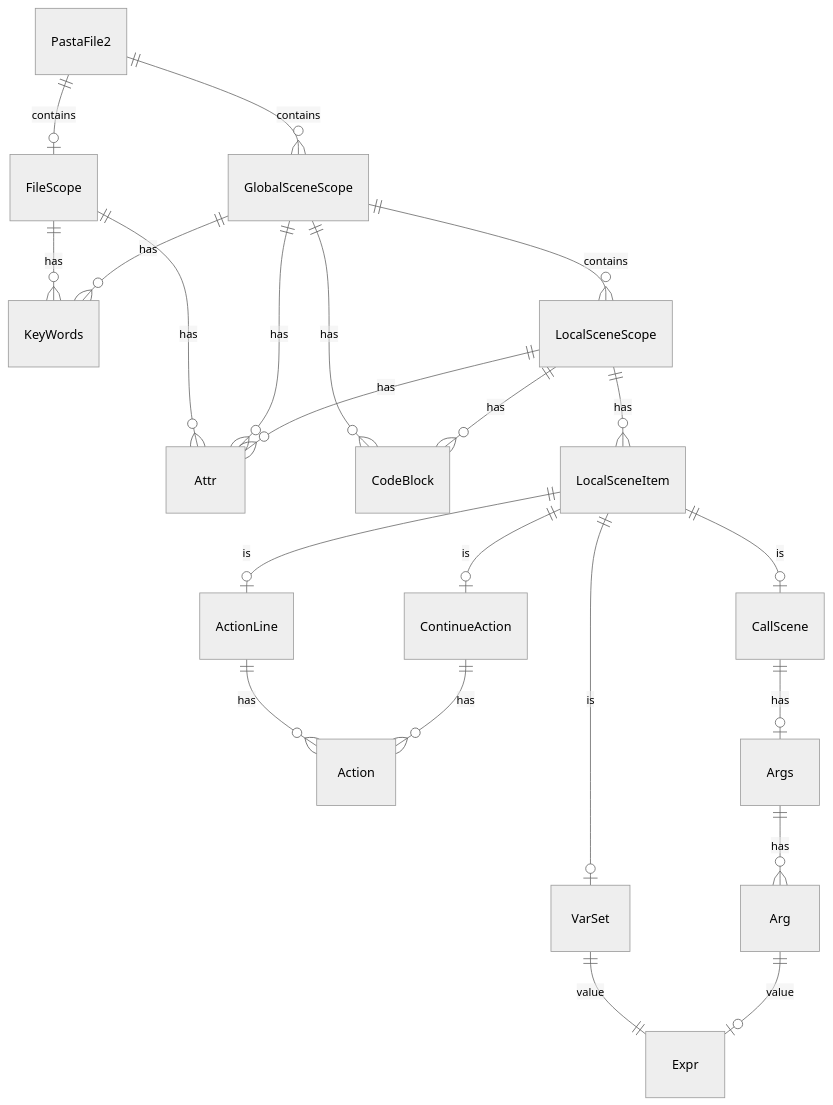
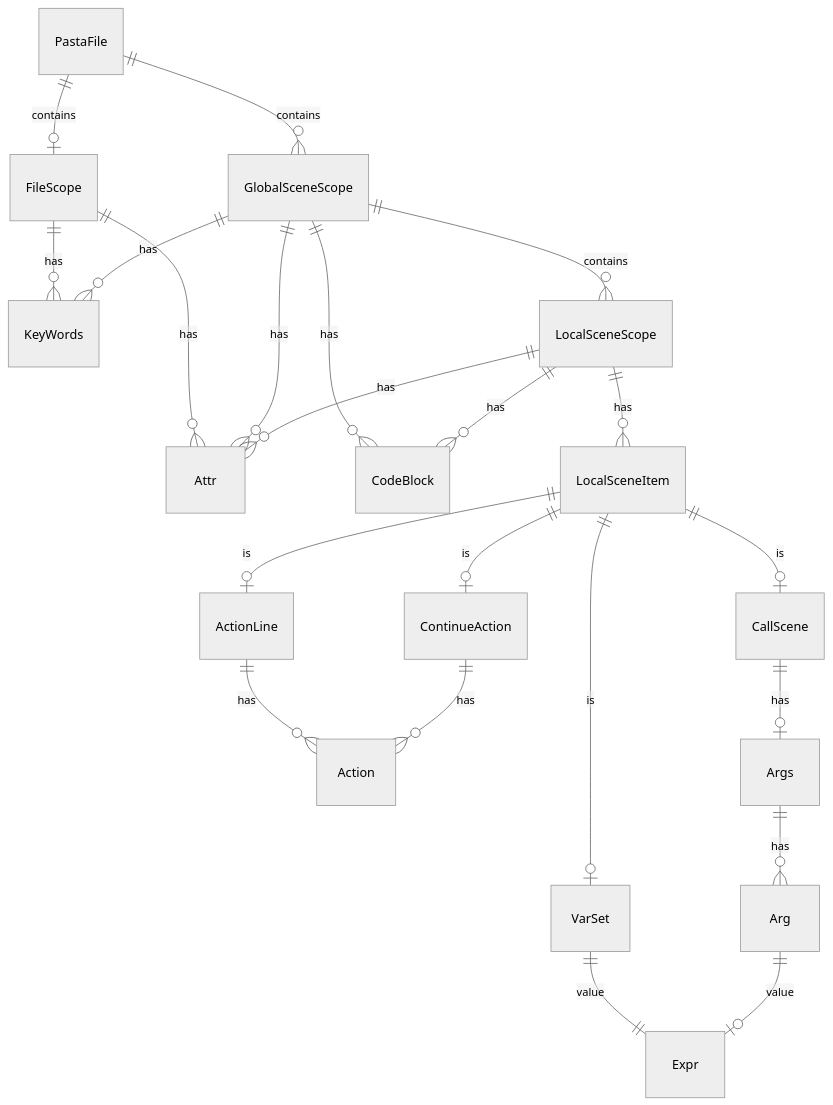
Before and after one commit to ekicyou/pasta: the fourth of 4 diagrams in .kiro/specs/parser2-pest-migration/design.md, drawn with Mermaid (neutral theme). The commit also changed other lines of this file and 2 other files, not shown here.

````diff
--- a/.kiro/specs/parser2-pest-migration/design.md
+++ b/.kiro/specs/parser2-pest-migration/design.md
@@ -607,31 +607,31 @@
 ```mermaid
 erDiagram
-    PastaFile2 ||--o| FileScope : contains
-    PastaFile2 ||--o{ GlobalSceneScope : contains
+    PastaFile ||--o| FileScope : contains
+    PastaFile ||--o{ GlobalSceneScope : contains
     
     FileScope ||--o{ Attr : has
     FileScope ||--o{ KeyWords : has
     
     GlobalSceneScope ||--o{ Attr : has
     GlobalSceneScope ||--o{ KeyWords : has
     GlobalSceneScope ||--o{ CodeBlock : has
     GlobalSceneScope ||--o{ LocalSceneScope : contains
     
     LocalSceneScope ||--o{ Attr : has
     LocalSceneScope ||--o{ LocalSceneItem : has
     LocalSceneScope ||--o{ CodeBlock : has
     
     LocalSceneItem ||--o| VarSet : is
     LocalSceneItem ||--o| CallScene : is
     LocalSceneItem ||--o| ActionLine : is
     LocalSceneItem ||--o| ContinueAction : is
     
     ActionLine ||--o{ Action : has
     ContinueAction ||--o{ Action : has
     
     VarSet ||--|| Expr : value
     CallScene ||--o| Args : has
     
     Args ||--o{ Arg : has
     Arg ||--o| Expr : value
 ```
````
